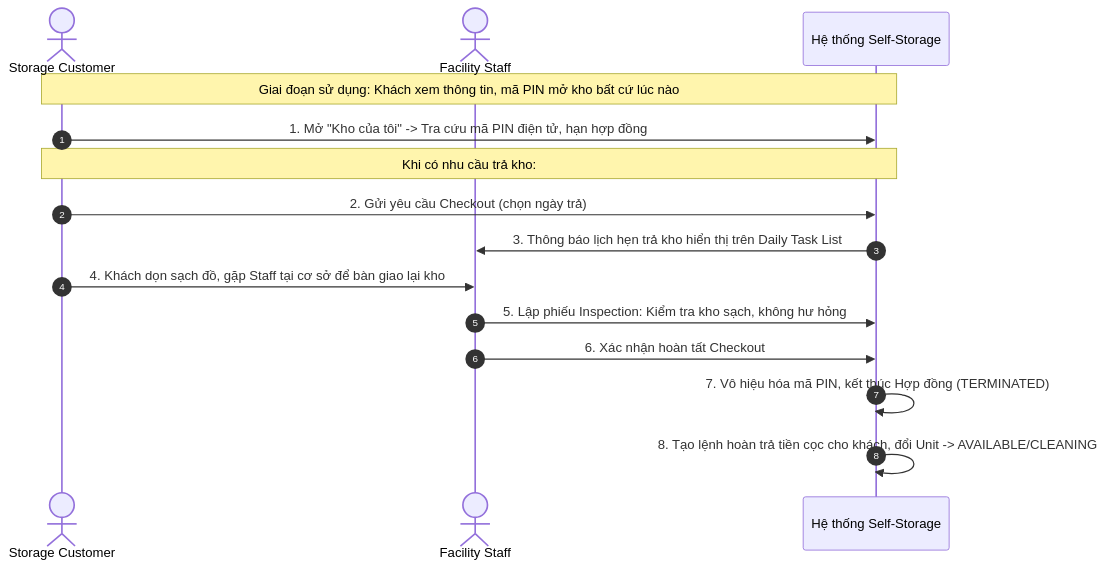
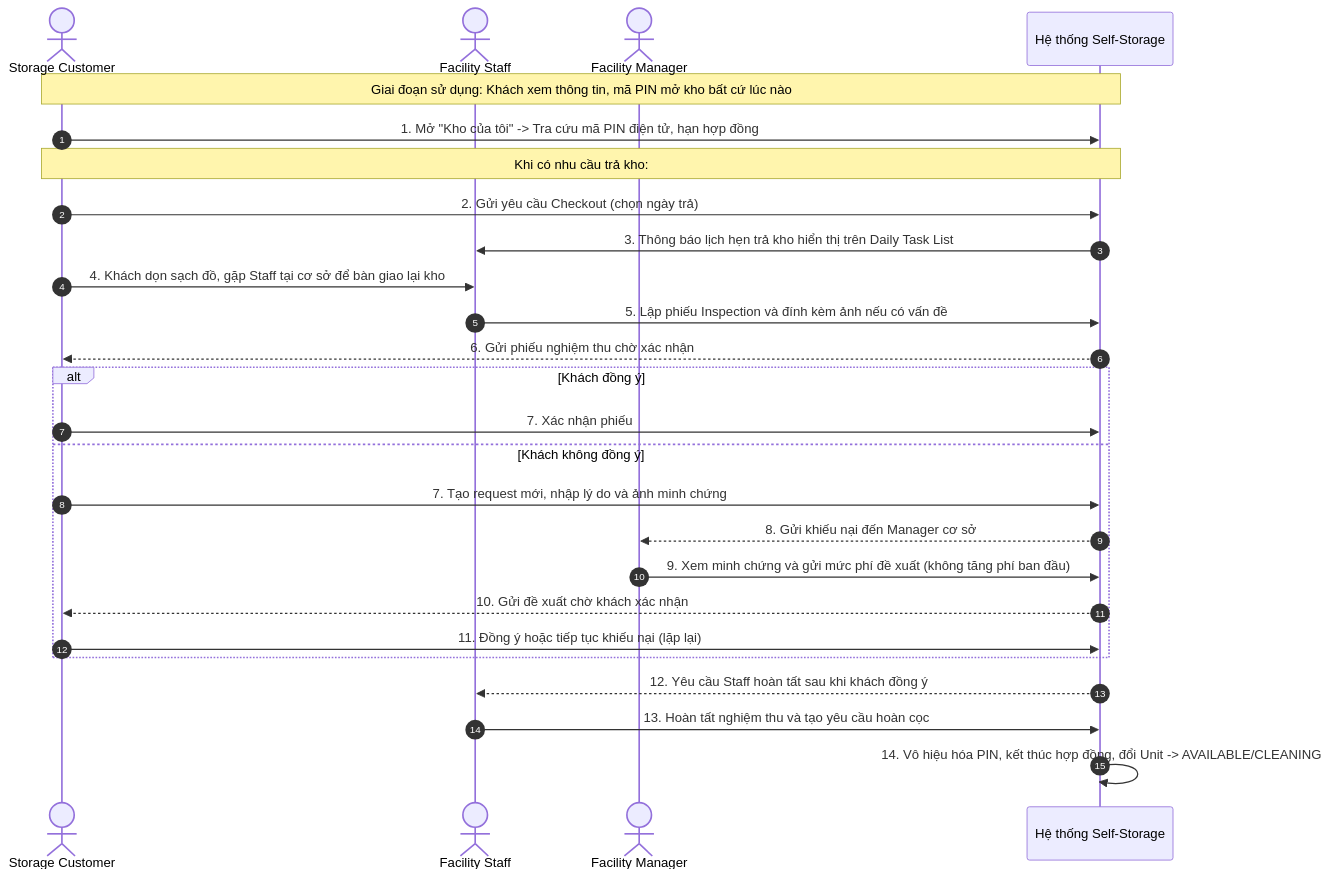
The fourth of 7 diagrams in docs/requirements/srs.md (SWP391-Fall2026/demo-repository), drawn with Mermaid before and after one commit. The commit also changed other lines of this file and 88 other files, not shown here.

First line of the commit message:
feat: complete Flow 3 and 4 workflows

````diff
--- a/docs/requirements/srs.md
+++ b/docs/requirements/srs.md
@@ -280,18 +280,29 @@
 ```mermaid
 sequenceDiagram
     autonumber
     actor Customer as Storage Customer
     actor Staff as Facility Staff
+    actor Manager as Facility Manager
     participant Sys as Hệ thống Self-Storage
 
     Note over Customer,Sys: Giai đoạn sử dụng: Khách xem thông tin, mã PIN mở kho bất cứ lúc nào
     Customer->>Sys: 1. Mở "Kho của tôi" -> Tra cứu mã PIN điện tử, hạn hợp đồng
     Note over Customer,Sys: Khi có nhu cầu trả kho:
     Customer->>Sys: 2. Gửi yêu cầu Checkout (chọn ngày trả)
     Sys->>Staff: 3. Thông báo lịch hẹn trả kho hiển thị trên Daily Task List
     Customer->>Staff: 4. Khách dọn sạch đồ, gặp Staff tại cơ sở để bàn giao lại kho
-    Staff->>Sys: 5. Lập phiếu Inspection: Kiểm tra kho sạch, không hư hỏng
-    Staff->>Sys: 6. Xác nhận hoàn tất Checkout
-    Sys->>Sys: 7. Vô hiệu hóa mã PIN, kết thúc Hợp đồng (TERMINATED)
-    Sys->>Sys: 8. Tạo lệnh hoàn trả tiền cọc cho khách, đổi Unit -> AVAILABLE/CLEANING
+    Staff->>Sys: 5. Lập phiếu Inspection và đính kèm ảnh nếu có vấn đề
+    Sys-->>Customer: 6. Gửi phiếu nghiệm thu chờ xác nhận
+    alt Khách đồng ý
+        Customer->>Sys: 7. Xác nhận phiếu
+    else Khách không đồng ý
+        Customer->>Sys: 7. Tạo request mới, nhập lý do và ảnh minh chứng
+        Sys-->>Manager: 8. Gửi khiếu nại đến Manager cơ sở
+        Manager->>Sys: 9. Xem minh chứng và gửi mức phí đề xuất (không tăng phí ban đầu)
+        Sys-->>Customer: 10. Gửi đề xuất chờ khách xác nhận
+        Customer->>Sys: 11. Đồng ý hoặc tiếp tục khiếu nại (lặp lại)
+    end
+    Sys-->>Staff: 12. Yêu cầu Staff hoàn tất sau khi khách đồng ý
+    Staff->>Sys: 13. Hoàn tất nghiệm thu và tạo yêu cầu hoàn cọc
+    Sys->>Sys: 14. Vô hiệu hóa PIN, kết thúc hợp đồng, đổi Unit -> AVAILABLE/CLEANING
 ```
````
